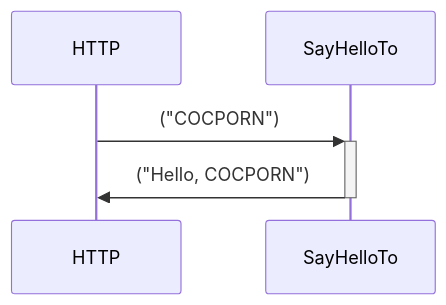
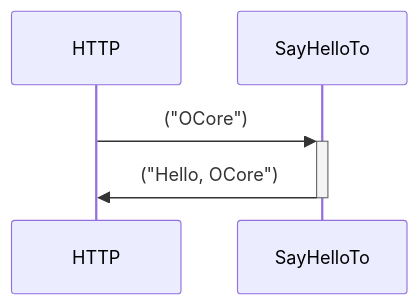
Before and after one commit to ocore-framework/OCore: the diagram in README.md, drawn with Mermaid. The commit also changed other lines of this file, not shown here.

````diff
--- a/README.md
+++ b/README.md
@@ -58,7 +57,7 @@
 ```mermaid
 sequenceDiagram
    participant HTTP
    participant SayHelloTo
-   HTTP->>+SayHelloTo: ("COCPORN")   
-   SayHelloTo->>-HTTP: ("Hello, COCPORN")
+   HTTP->>+SayHelloTo: ("OCore")   
+   SayHelloTo->>-HTTP: ("Hello, OCore")
 ```
````
